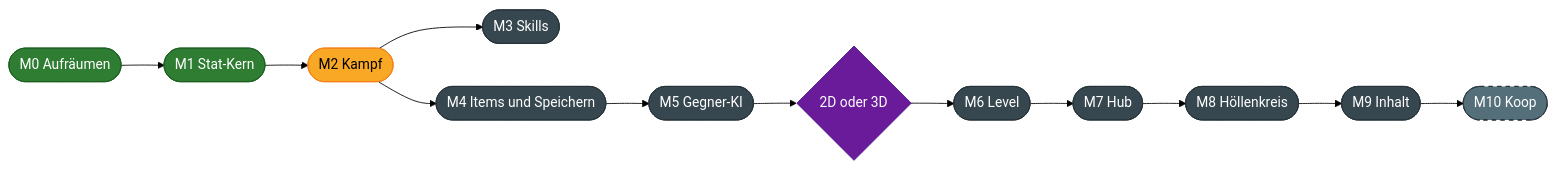
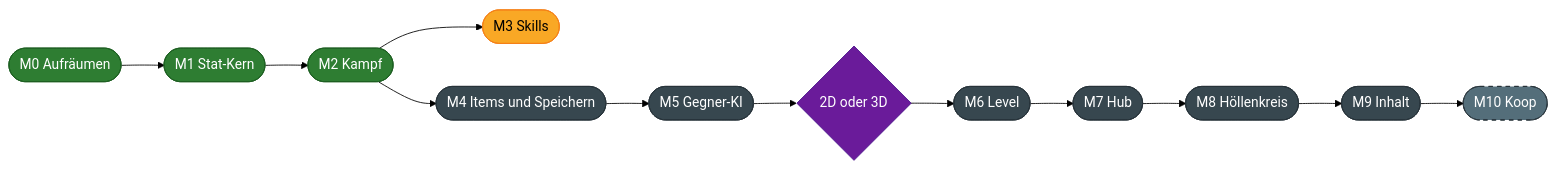
The diagram in README.md (sharedboidev/Hoellenspiralenspiel), drawn with Mermaid (forest theme) before and after one commit. The commit also changed other lines of this file and 96 other files, not shown here.

````diff
--- a/README.md
+++ b/README.md
@@ -184,15 +205,15 @@
 ```mermaid
 flowchart LR
-    M0(["M0 Aufräumen"]):::done --> M1(["M1 Stat-Kern"]):::done --> M2(["M2 Kampf"]):::next
-    M2 --> M3(["M3 Skills"]):::open
+    M0(["M0 Aufräumen"]):::done --> M1(["M1 Stat-Kern"]):::done --> M2(["M2 Kampf"]):::done
+    M2 --> M3(["M3 Skills"]):::next
     M2 --> M4(["M4 Items und Speichern"]):::open
     M4 --> M5(["M5 Gegner-KI"]):::open --> D{"2D oder 3D"}:::decision
     D --> M6(["M6 Level"]):::open --> M7(["M7 Hub"]):::open --> M8(["M8 Höllenkreis"]):::open
     M8 --> M9(["M9 Inhalt"]):::open --> M10(["M10 Koop"]):::optional
 
     classDef done fill:#2e7d32,color:#ffffff,stroke:#1b5e20
     classDef next fill:#f9a825,color:#000000,stroke:#f57f17
     classDef open fill:#37474f,color:#ffffff,stroke:#263238
     classDef decision fill:#6a1b9a,color:#ffffff,stroke:#4a148c
     classDef optional fill:#546e7a,color:#ffffff,stroke:#263238,stroke-dasharray: 5 5
 ```
````
